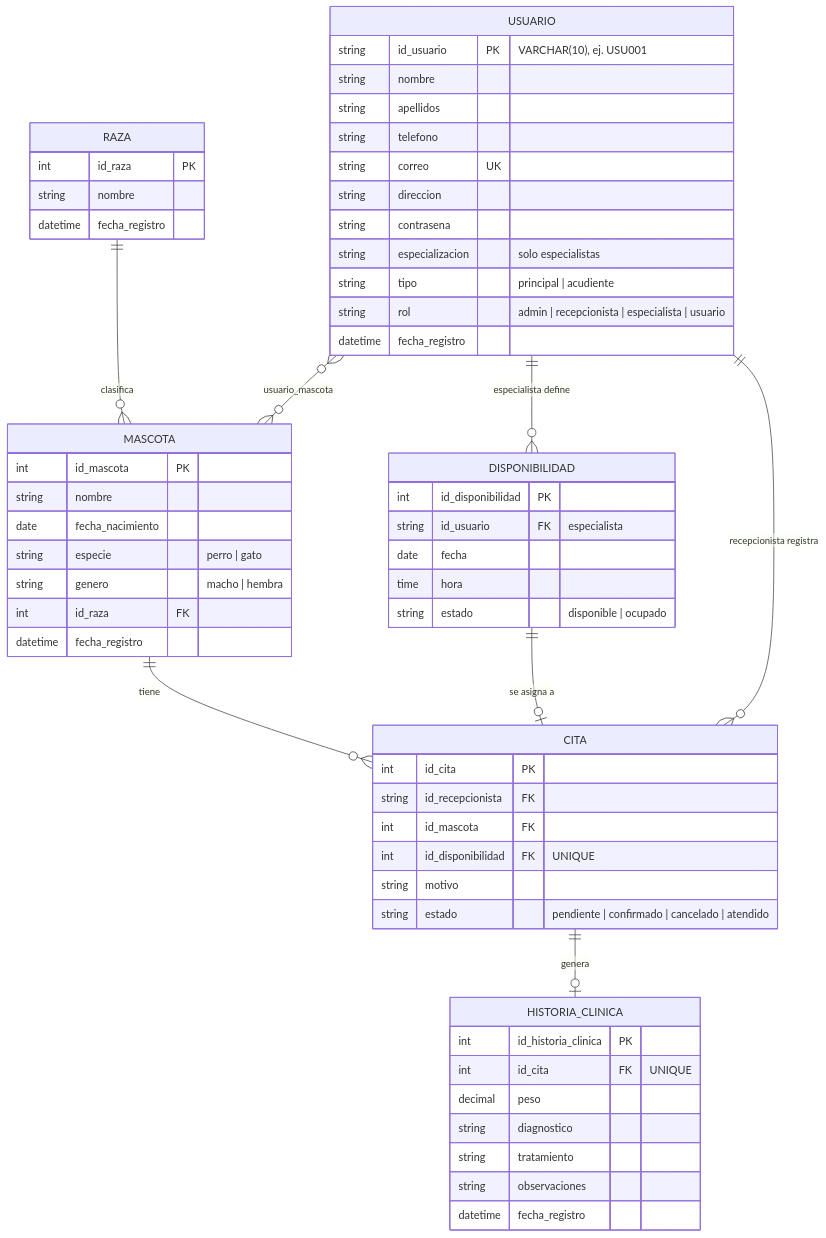
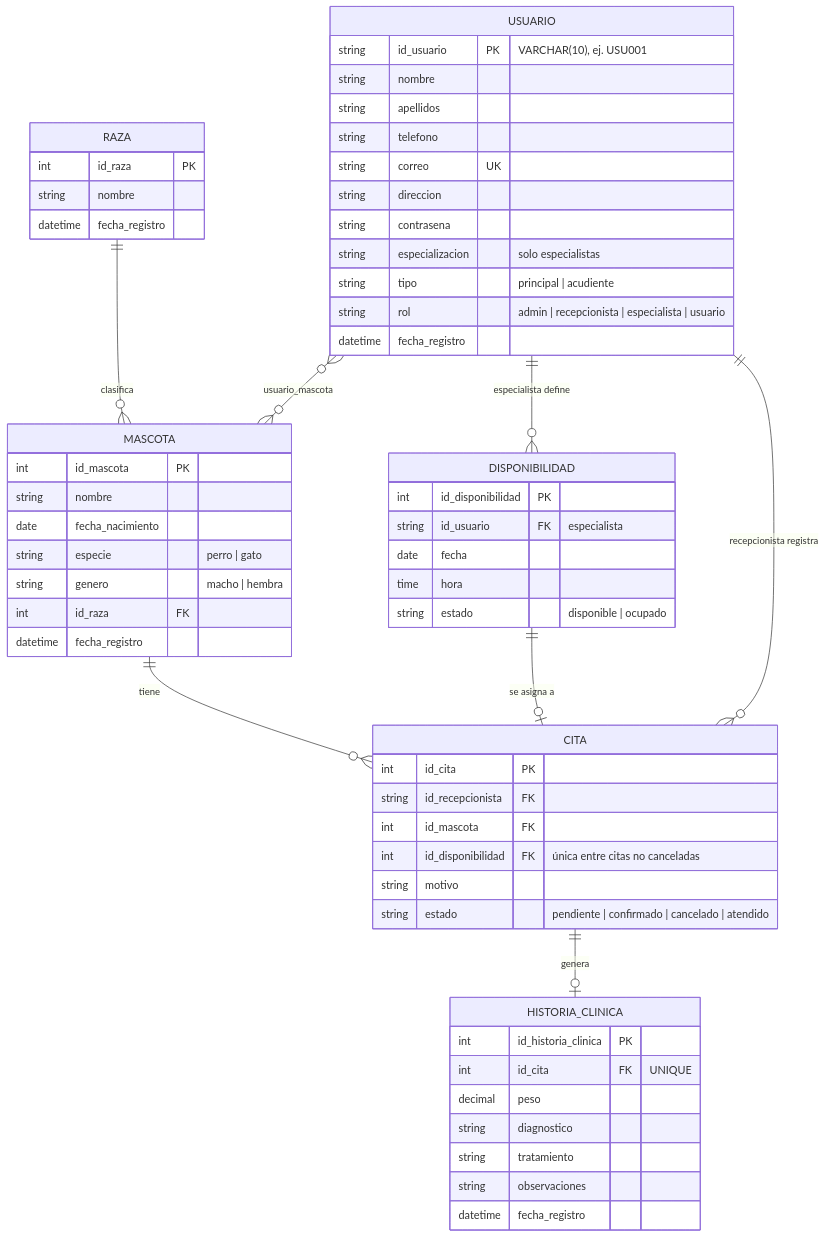
The fourth of 4 diagrams in Readme.md (sanlith340-droid/Huellitas_Saludables_PRO), drawn with Mermaid before and after one commit. The commit also changed other lines of this file and 100 other files, not shown here.

````diff
--- a/Readme.md
+++ b/Readme.md
@@ -155,62 +155,62 @@
 ```mermaid
 erDiagram
     RAZA ||--o{ MASCOTA : "clasifica"
     USUARIO }o--o{ MASCOTA : "usuario_mascota"
     USUARIO ||--o{ DISPONIBILIDAD : "especialista define"
     USUARIO ||--o{ CITA : "recepcionista registra"
     MASCOTA ||--o{ CITA : "tiene"
     DISPONIBILIDAD ||--o| CITA : "se asigna a"
     CITA ||--o| HISTORIA_CLINICA : "genera"
 
     USUARIO {
         string id_usuario PK "VARCHAR(10), ej. USU001"
         string nombre
         string apellidos
         string telefono
         string correo UK
         string direccion
         string contrasena
         string especializacion "solo especialistas"
         string tipo "principal | acudiente"
         string rol "admin | recepcionista | especialista | usuario"
         datetime fecha_registro
     }
     RAZA {
         int id_raza PK
         string nombre
         datetime fecha_registro
     }
     MASCOTA {
         int id_mascota PK
         string nombre
         date fecha_nacimiento
         string especie "perro | gato"
         string genero "macho | hembra"
         int id_raza FK
         datetime fecha_registro
     }
     DISPONIBILIDAD {
         int id_disponibilidad PK
         string id_usuario FK "especialista"
         date fecha
         time hora
         string estado "disponible | ocupado"
     }
     CITA {
         int id_cita PK
         string id_recepcionista FK
         int id_mascota FK
-        int id_disponibilidad FK "UNIQUE"
+        int id_disponibilidad FK "única entre citas no canceladas"
         string motivo
         string estado "pendiente | confirmado | cancelado | atendido"
     }
     HISTORIA_CLINICA {
         int id_historia_clinica PK
         int id_cita FK "UNIQUE"
         decimal peso
         string diagnostico
         string tratamiento
         string observaciones
         datetime fecha_registro
     }
 ```
````
